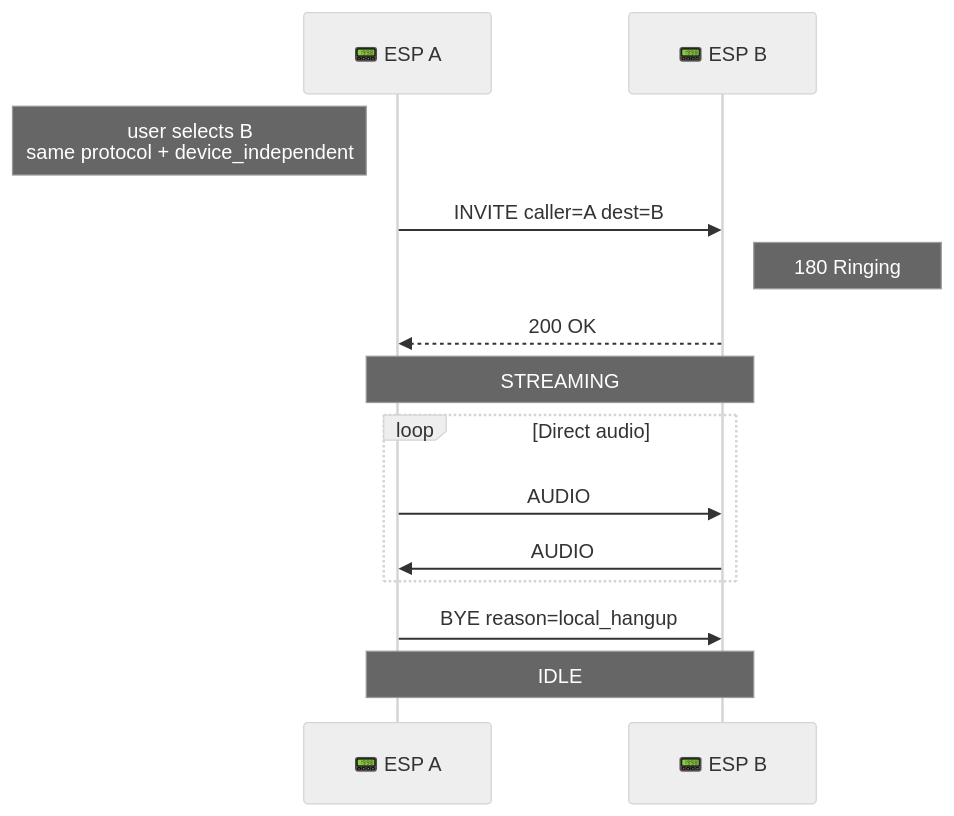
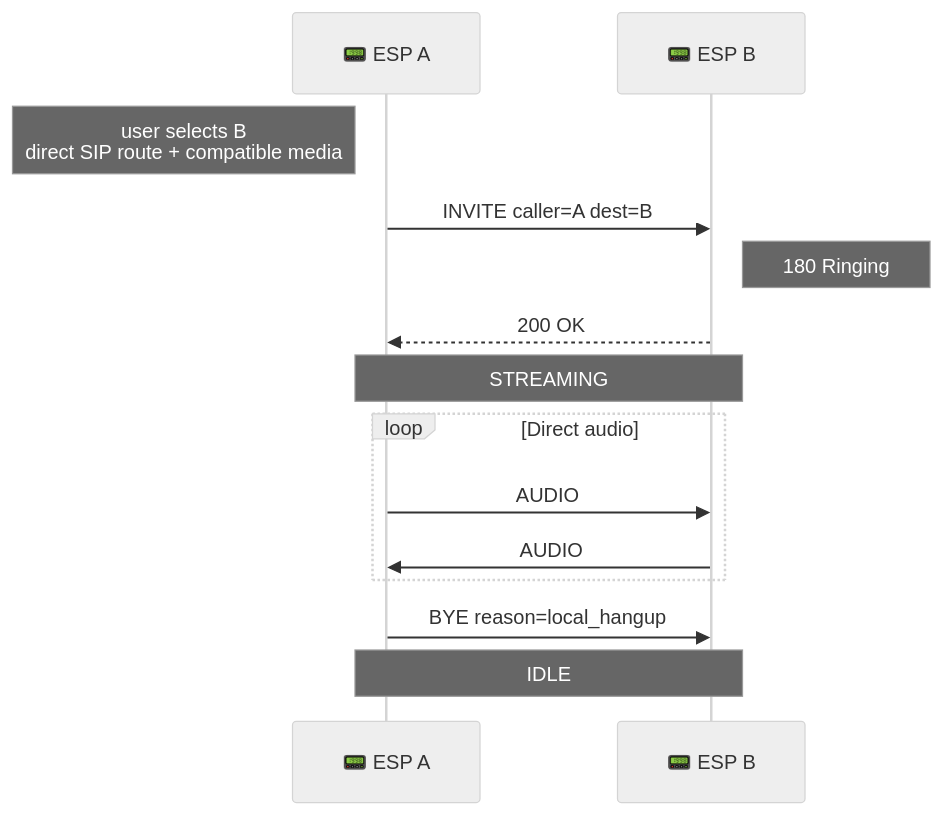
One commit to csfrussa/esphome-intercom changed the fifth of 6 diagrams in README.md. Above: the diagram before and after it, drawn with Mermaid (neutral theme). The commit also changed other lines of this file and 13 other files, not shown here.

````diff
--- a/README.md
+++ b/README.md
@@ -1284,19 +1294,19 @@
 ```mermaid
 sequenceDiagram
     participant A as 📟 ESP A
     participant B as 📟 ESP B
 
-    Note left of A: user selects B<br/>same protocol + device_independent
+    Note left of A: user selects B<br/>direct SIP route + compatible media
     A->>B: INVITE caller=A dest=B
     Note right of B: 180 Ringing
     B-->>A: 200 OK
     Note over A,B: STREAMING
 
     loop Direct audio
         A->>B: AUDIO
         B->>A: AUDIO
     end
 
     A->>B: BYE reason=local_hangup
     Note over A,B: IDLE
 ```
````
